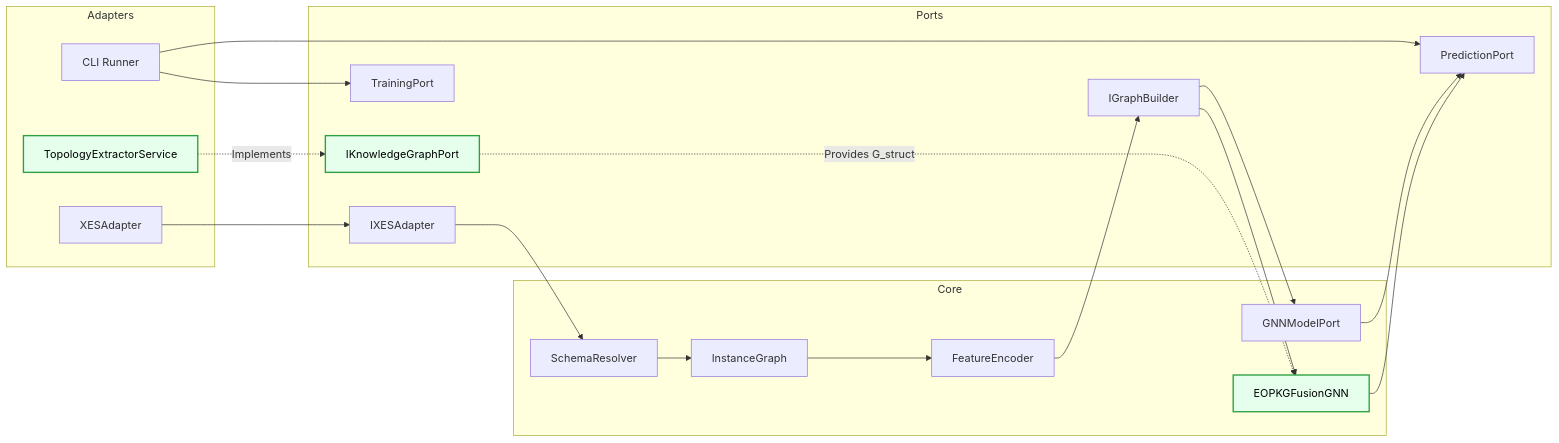
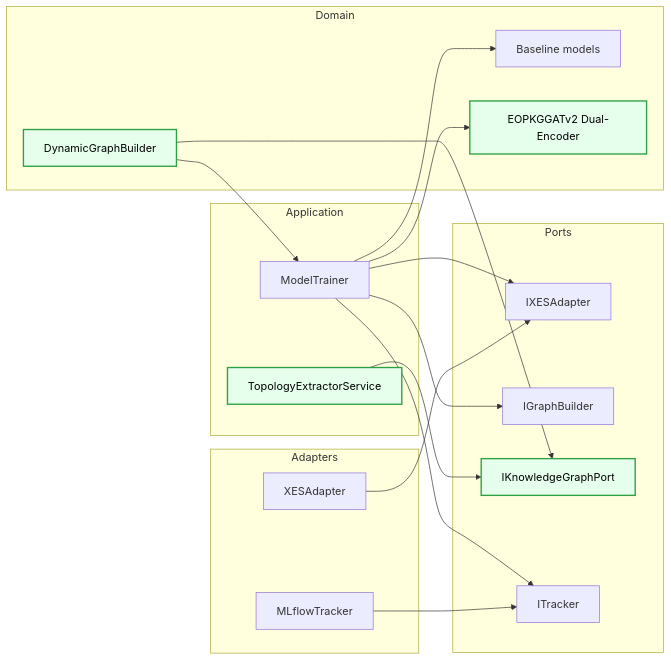
One commit to ghsrg/bpm_prediction changed the second of 5 diagrams in docs/ARCHITECTURE_MVP2.MD. Above: the diagram before and after it, drawn with Mermaid. The commit also changed other lines of this file and 4 other files, not shown here.

````diff
--- a/docs/ARCHITECTURE_MVP2.MD
+++ b/docs/ARCHITECTURE_MVP2.MD
@@ -90,44 +73,40 @@
 ```mermaid
 flowchart LR
     classDef mvp2 fill:#e6ffed,stroke:#2ea043,stroke-width:2px,color:#000;
 
-    subgraph Core
-        Resolver[SchemaResolver]
-        Graph[InstanceGraph]
-        Encoder[FeatureEncoder]
-        Model[GNNModelPort]
-        FusionModel[EOPKGFusionGNN]:::mvp2
-    end
-
     subgraph Ports
-        DataPort[IXESAdapter]
-        TrainPort[TrainingPort]
-        PredictPort[PredictionPort]
-        GraphPort[IGraphBuilder]
-        KGPort[IKnowledgeGraphPort]:::mvp2
+      IXES[IXESAdapter]
+      IGB[IGraphBuilder]
+      IKG[IKnowledgeGraphPort]:::mvp2
+      ITR[ITracker]
     end
 
     subgraph Adapters
-        XESAdapter[XESAdapter]
-        CLIAdapter[CLI Runner]
-        TopologyExtractorService[TopologyExtractorService]:::mvp2
+      XES[XESAdapter]
+      MLflow[MLflowTracker]
     end
 
-    XESAdapter --> DataPort
-    CLIAdapter --> TrainPort
-    CLIAdapter --> PredictPort
+    subgraph Application
+      TR[ModelTrainer]
+      TE[TopologyExtractorService]:::mvp2
+    end
 
-    DataPort --> Resolver
-    TopologyExtractorService -.->|Implements| KGPort
-    
-    Resolver --> Graph
-    Graph --> Encoder
-    Encoder --> GraphPort
-    GraphPort --> Model
-    GraphPort --> FusionModel
-    
-    KGPort -.->|Provides G_struct| FusionModel
-    
-    Model --> PredictPort
-    FusionModel --> PredictPort
+    subgraph Domain
+      DGB[DynamicGraphBuilder]:::mvp2
+      M1[Baseline models]
+      M2[EOPKGGATv2 Dual-Encoder]:::mvp2
+    end
+
+    XES --> IXES
+    MLflow --> ITR
+
+    TR --> IXES
+    TR --> IGB
+    TR --> ITR
+    TR --> M1
+    TR --> M2
+
+    DGB --> IKG
+    TE --> IKG
+    DGB --> TR
 ```
````
